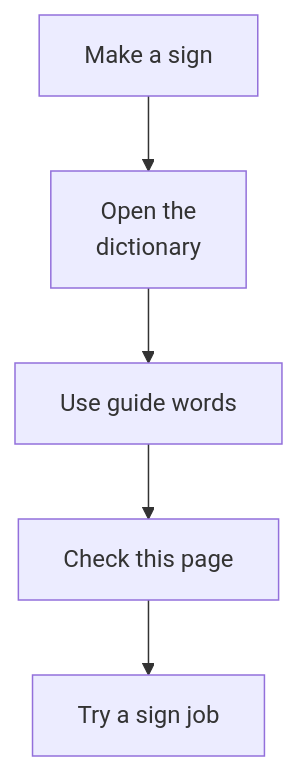
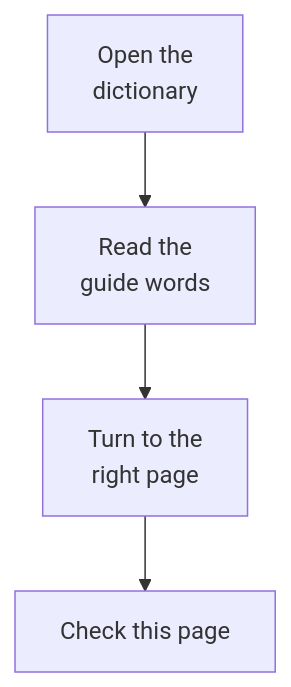
Before and after one commit to anotherpanacea-eng/learning-garden: diagram 14 of 14 in docs/reviews/drawn-howto-check-2026-10-31.md, drawn with Mermaid. The commit also changed other lines of this file, not shown here.

````diff
--- a/docs/reviews/drawn-howto-check-2026-10-31.md
+++ b/docs/reviews/drawn-howto-check-2026-10-31.md
@@ -319,12 +302,10 @@
 ```mermaid
 flowchart TD
-  s0[Make a sign]
-  s1[Open the<br>dictionary]
-  s2[Use guide words]
+  s0[Open the<br>dictionary]
+  s1[Read the<br>guide words]
+  s2[Turn to the<br>right page]
   s3[Check this page]
-  s4[Try a sign job]
   s0 --> s1
   s1 --> s2
   s2 --> s3
-  s3 --> s4
 ```
````
